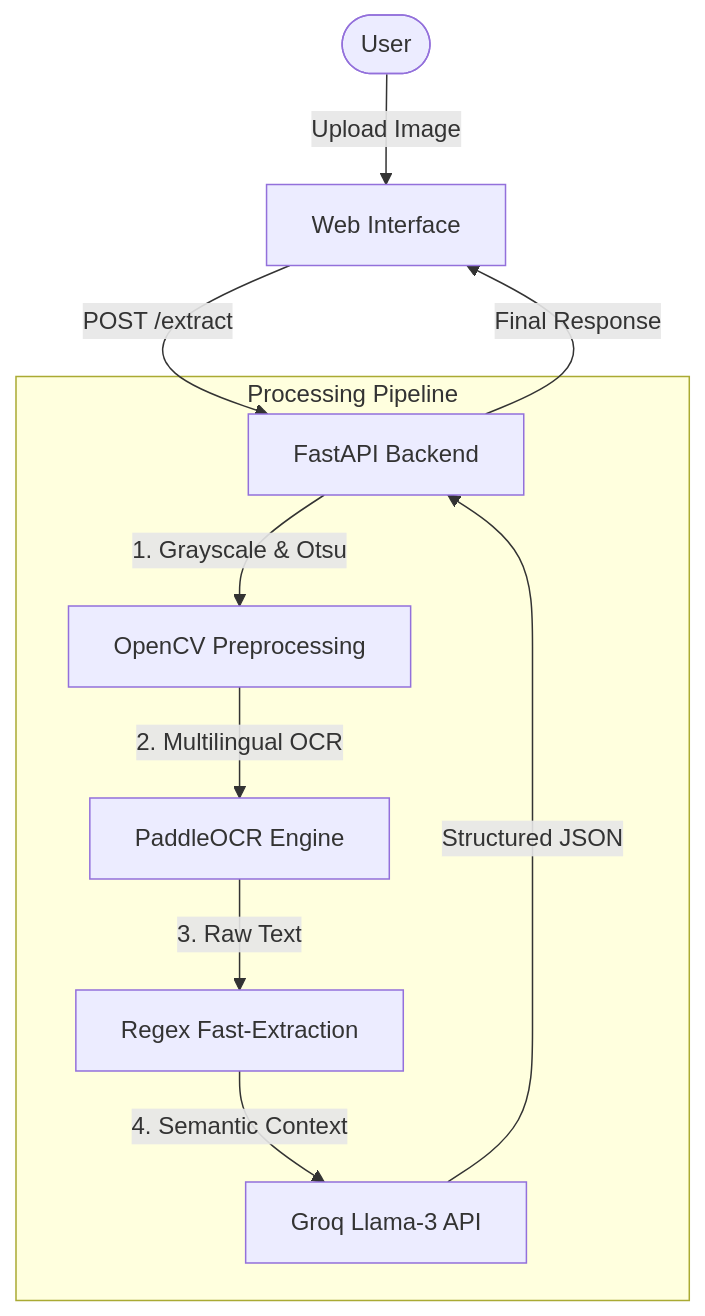
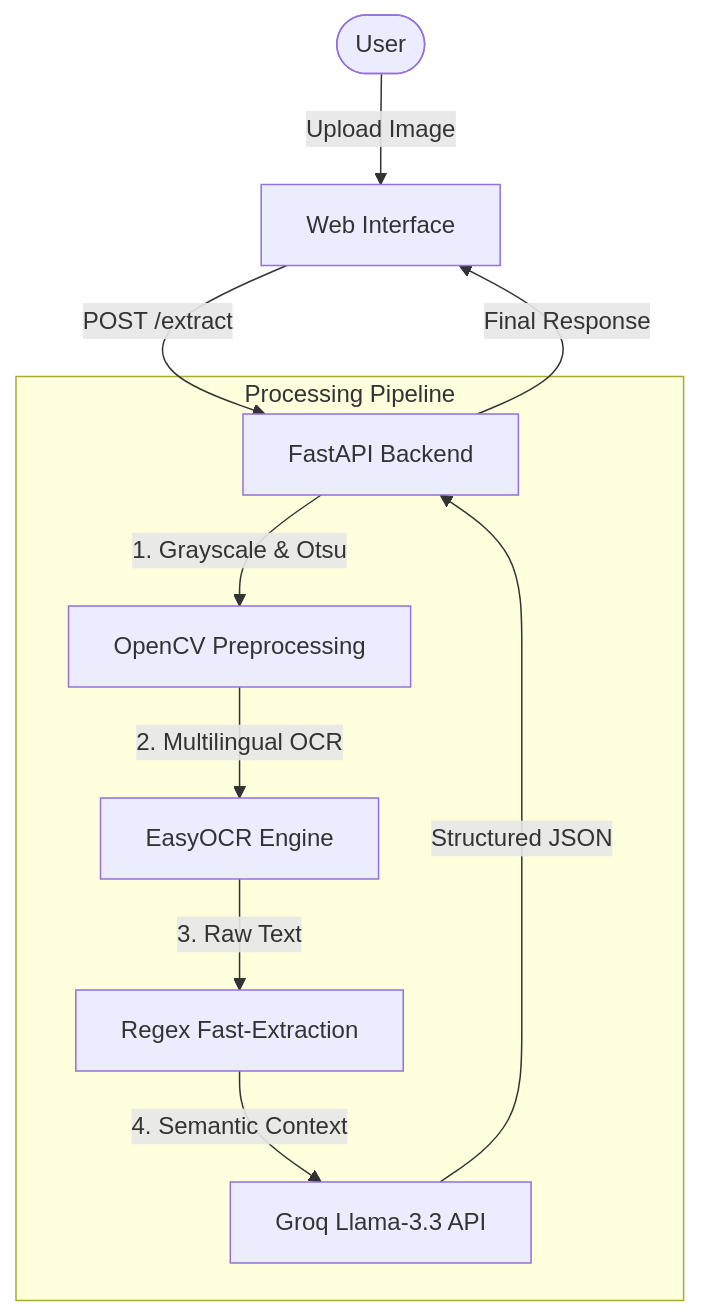
The diagram in README.md (mrshibly/LlamaOCR-Pipeline), drawn with Mermaid before and after one commit. The commit also changed other lines of this file, not shown here.

Commit message:
Update README with live deployment link, demo video, and EasyOCR references

````diff
--- a/README.md
+++ b/README.md
@@ -23,15 +34,15 @@
 ```mermaid
 graph TD
     User([User]) -->|Upload Image| WebUI[Web Interface]
     WebUI -->|POST /extract| API[FastAPI Backend]
     
     subgraph "Processing Pipeline"
         API -->|1. Grayscale & Otsu| CV2[OpenCV Preprocessing]
-        CV2 -->|2. Multilingual OCR| OCR[PaddleOCR Engine]
+        CV2 -->|2. Multilingual OCR| OCR[EasyOCR Engine]
         OCR -->|3. Raw Text| Regex[Regex Fast-Extraction]
-        Regex -->|4. Semantic Context| LLM[Groq Llama-3 API]
+        Regex -->|4. Semantic Context| LLM[Groq Llama-3.3 API]
     end
     
     LLM -->|Structured JSON| API
     API -->|Final Response| WebUI
 ```
````
